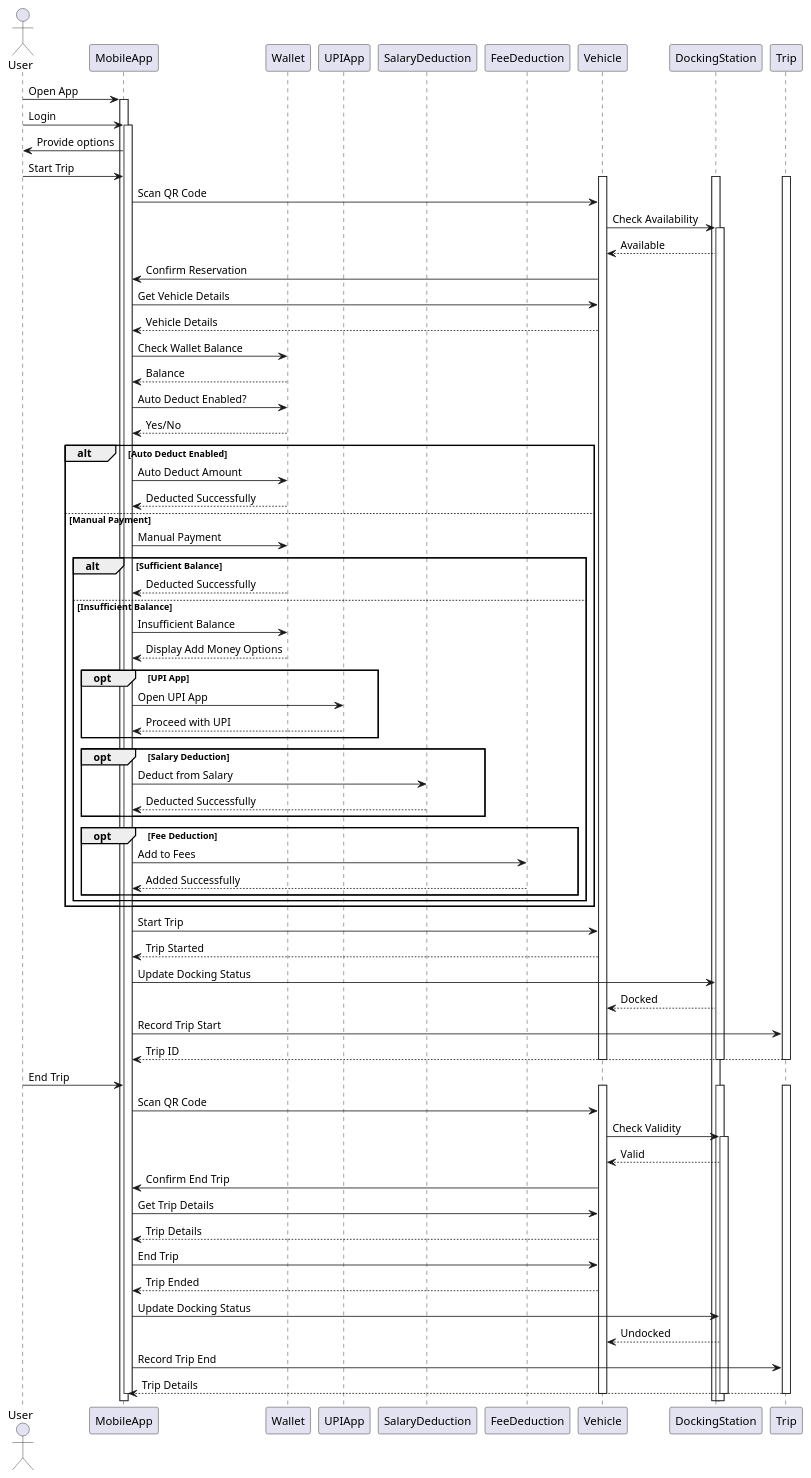
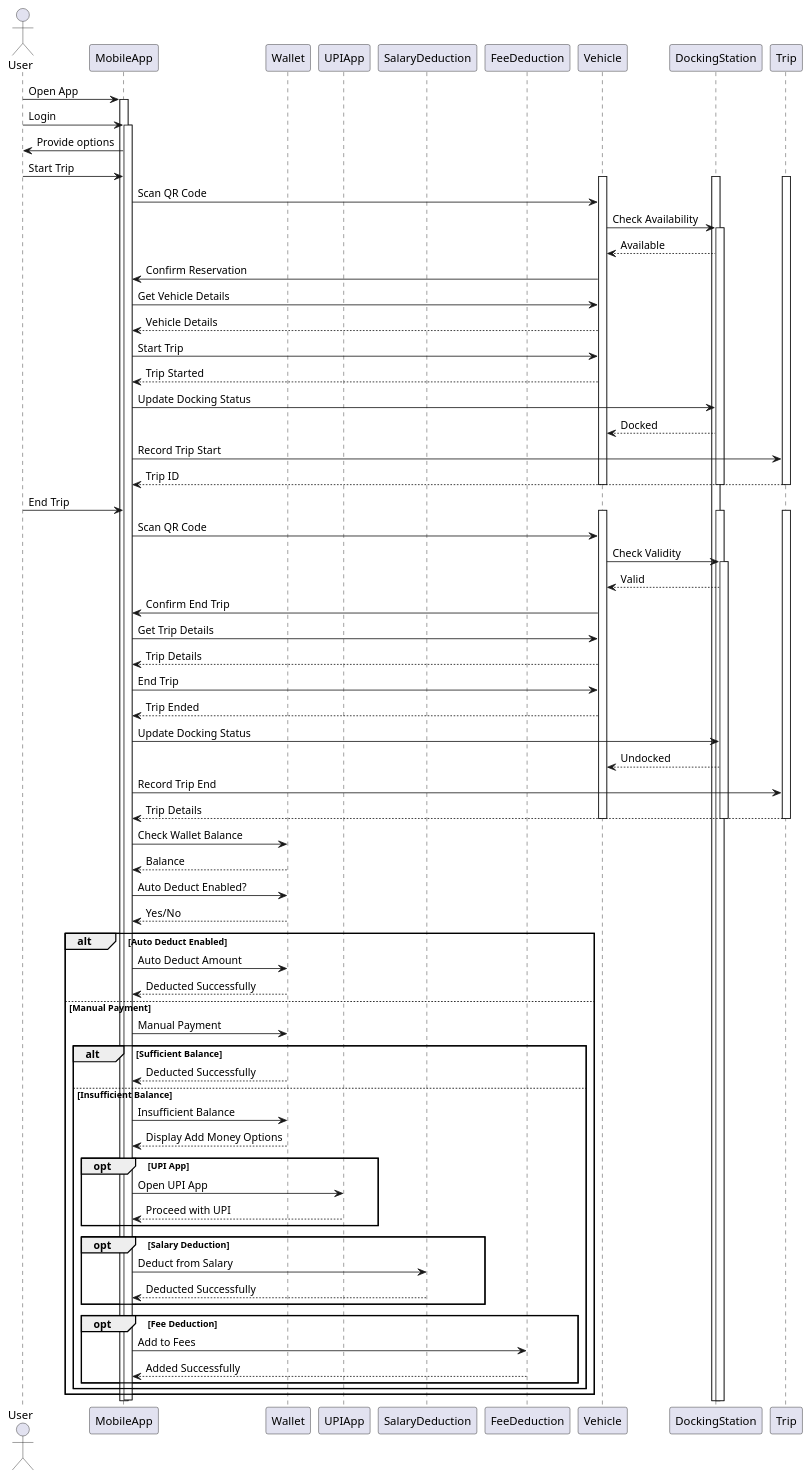
Before and after one commit to ROHIT32767/Smart-Vehicle-Booking-System: the diagram in A1-Sequence-TripPayment.puml, drawn with PlantUML. The commit also changed other lines of this file and 1 other file, not shown here.

```diff
--- a/A1-Sequence-TripPayment.puml
+++ b/A1-Sequence-TripPayment.puml
@@ -1,107 +1,107 @@
 @startuml
 
 actor User
 participant MobileApp
 participant Wallet
 participant UPIApp
 participant SalaryDeduction
 participant FeeDeduction
 participant Vehicle
 participant DockingStation
 participant Trip
 
 User -> MobileApp: Open App
 activate MobileApp
 
 User -> MobileApp: Login
 activate MobileApp
 
 MobileApp -> User: Provide options
 User -> MobileApp: Start Trip
 activate Vehicle
 activate DockingStation
 activate Trip
 
 MobileApp -> Vehicle: Scan QR Code
 Vehicle -> DockingStation: Check Availability
 activate DockingStation
 DockingStation --> Vehicle: Available
 
 Vehicle -> MobileApp: Confirm Reservation
 MobileApp -> Vehicle: Get Vehicle Details
 Vehicle --> MobileApp: Vehicle Details
-
-MobileApp -> Wallet: Check Wallet Balance
-Wallet --> MobileApp: Balance
-
-MobileApp -> Wallet: Auto Deduct Enabled?
-Wallet --> MobileApp: Yes/No
-
-alt Auto Deduct Enabled
-  MobileApp -> Wallet: Auto Deduct Amount
-  Wallet --> MobileApp: Deducted Successfully
-else Manual Payment
-  MobileApp -> Wallet: Manual Payment
-  alt Sufficient Balance
-    Wallet --> MobileApp: Deducted Successfully
-  else Insufficient Balance
-    MobileApp -> Wallet: Insufficient Balance
-    Wallet --> MobileApp: Display Add Money Options
-    opt UPI App
-      MobileApp -> UPIApp: Open UPI App
-      UPIApp --> MobileApp: Proceed with UPI
-    end
-    opt Salary Deduction
-      MobileApp -> SalaryDeduction: Deduct from Salary
-      SalaryDeduction --> MobileApp: Deducted Successfully
-    end
-    opt Fee Deduction
-      MobileApp -> FeeDeduction: Add to Fees
-      FeeDeduction --> MobileApp: Added Successfully
-    end
-  end
-end
 
 MobileApp -> Vehicle: Start Trip
 Vehicle --> MobileApp: Trip Started
 
 MobileApp -> DockingStation: Update Docking Status
 DockingStation --> Vehicle: Docked
 
 MobileApp -> Trip: Record Trip Start
 Trip --> MobileApp: Trip ID
 
 deactivate Vehicle
 deactivate DockingStation
 deactivate Trip
 
 User -> MobileApp: End Trip
 activate Vehicle
 activate DockingStation
 activate Trip
 
 MobileApp -> Vehicle: Scan QR Code
 Vehicle -> DockingStation: Check Validity
 activate DockingStation
 DockingStation --> Vehicle: Valid
 
 Vehicle -> MobileApp: Confirm End Trip
 MobileApp -> Vehicle: Get Trip Details
 Vehicle --> MobileApp: Trip Details
 
 MobileApp -> Vehicle: End Trip
 Vehicle --> MobileApp: Trip Ended
 
 MobileApp -> DockingStation: Update Docking Status
 DockingStation --> Vehicle: Undocked
 
 MobileApp -> Trip: Record Trip End
 Trip --> MobileApp: Trip Details
 
 deactivate Vehicle
 deactivate DockingStation
 deactivate Trip
 
+MobileApp -> Wallet: Check Wallet Balance
+Wallet --> MobileApp: Balance
+
+MobileApp -> Wallet: Auto Deduct Enabled?
+Wallet --> MobileApp: Yes/No
+
+alt Auto Deduct Enabled
+  MobileApp -> Wallet: Auto Deduct Amount
+  Wallet --> MobileApp: Deducted Successfully
+else Manual Payment
+  MobileApp -> Wallet: Manual Payment
+  alt Sufficient Balance
+    Wallet --> MobileApp: Deducted Successfully
+  else Insufficient Balance
+    MobileApp -> Wallet: Insufficient Balance
+    Wallet --> MobileApp: Display Add Money Options
+    opt UPI App
+      MobileApp -> UPIApp: Open UPI App
+      UPIApp --> MobileApp: Proceed with UPI
+    end
+    opt Salary Deduction
+      MobileApp -> SalaryDeduction: Deduct from Salary
+      SalaryDeduction --> MobileApp: Deducted Successfully
+    end
+    opt Fee Deduction
+      MobileApp -> FeeDeduction: Add to Fees
+      FeeDeduction --> MobileApp: Added Successfully
+    end
+  end
+end
+
 deactivate Wallet
 deactivate MobileApp
 @enduml
```
